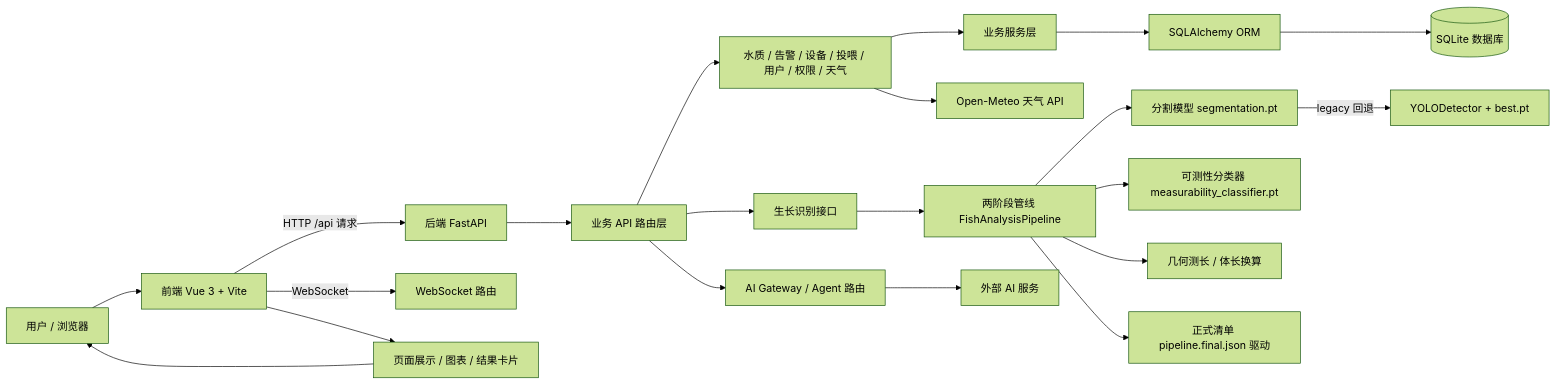
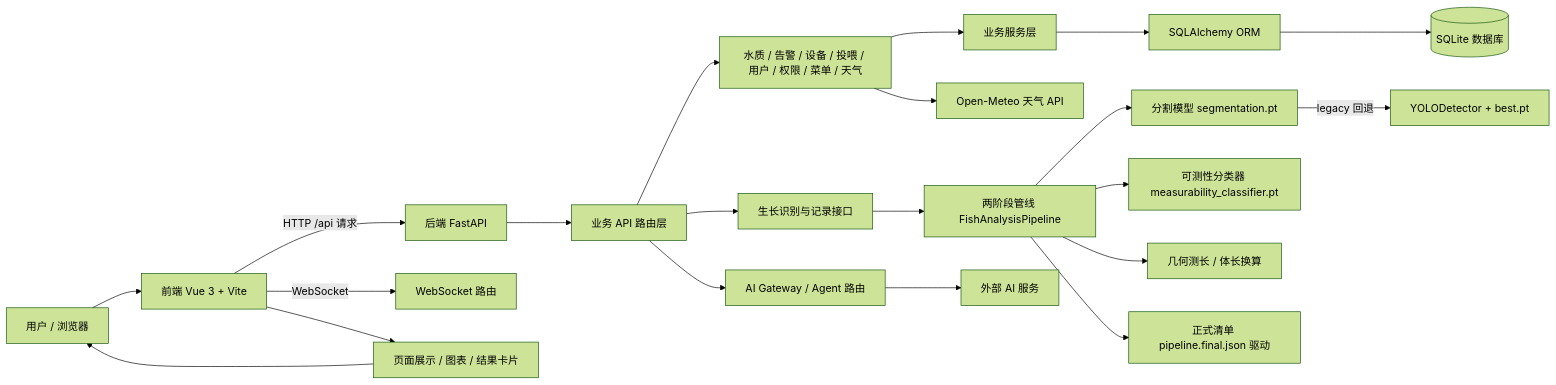
Before and after one commit to Yihe-ng/smart-fishery: the first of 2 diagrams in README.md, drawn with Mermaid (forest theme). The commit also changed other lines of this file and 21 other files, not shown here.

````diff
--- a/README.md
+++ b/README.md
@@ -38,28 +38,28 @@
 ```mermaid
 flowchart LR
     U[用户 / 浏览器] --> F[前端 Vue 3 + Vite]
     F -->|HTTP /api 请求| B[后端 FastAPI]
     F -->|WebSocket| W[WebSocket 路由]
 
     B --> A[业务 API 路由层]
-    A --> WQ[水质 / 告警 / 设备 / 投喂 / 用户 / 权限 / 天气]
-    A --> G[生长识别接口]
+    A --> WQ[水质 / 告警 / 设备 / 投喂 / 用户 / 权限 / 菜单 / 天气]
+    A --> G[生长识别与记录接口]
     A --> AG[AI Gateway / Agent 路由]
 
     G --> P2[两阶段管线 FishAnalysisPipeline]
     P2 --> SEG[分割模型 segmentation.pt]
     P2 --> CLS[可测性分类器 measurability_classifier.pt]
     P2 --> LEN[几何测长 / 体长换算]
     P2 --> MF[正式清单 pipeline.final.json 驱动]
     SEG -->|legacy 回退| YD[YOLODetector + best.pt]
 
     WQ --> SV[业务服务层]
     SV --> D[SQLAlchemy ORM]
     D --> DB[(SQLite 数据库)]
 
     AG --> EXT[外部 AI 服务]
     WQ --> EXTW[Open-Meteo 天气 API]
 
     F --> UI[页面展示 / 图表 / 结果卡片]
     UI --> U
 ```
````
